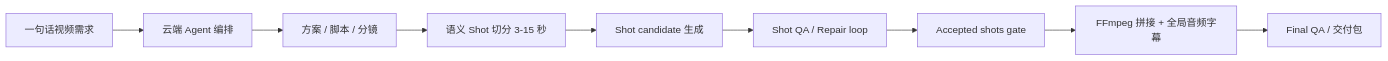
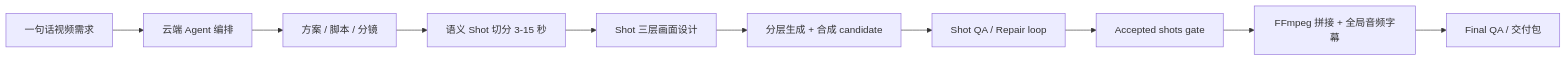
Before and after one commit to SUSTechWLA/lingxi-ai-operation-system: the diagram in README.md, drawn with Mermaid. The commit also changed other lines of this file and 81 other files, not shown here.

````diff
--- a/README.md
+++ b/README.md
@@ -118,11 +124,12 @@
 ```mermaid
 flowchart LR
   A["一句话视频需求"] --> B["云端 Agent 编排"]
   B --> C["方案 / 脚本 / 分镜"]
   C --> D["语义 Shot 切分 3-15 秒"]
-  D --> E["Shot candidate 生成"]
-  E --> F["Shot QA / Repair loop"]
-  F --> G["Accepted shots gate"]
+  D --> E["Shot 三层画面设计"]
+  E --> F["分层生成 + 合成 candidate"]
+  F --> Q["Shot QA / Repair loop"]
+  Q --> G["Accepted shots gate"]
   G --> H["FFmpeg 拼接 + 全局音频字幕"]
   H --> I["Final QA / 交付包"]
 ```
````
